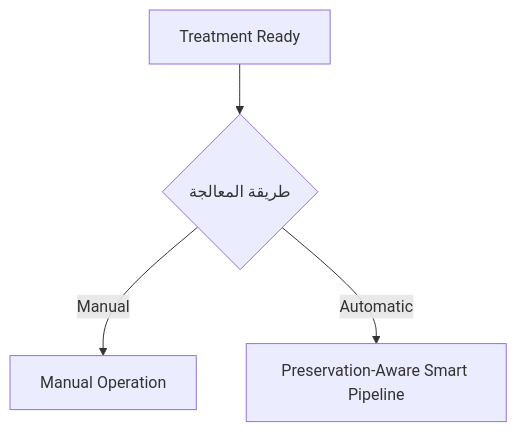
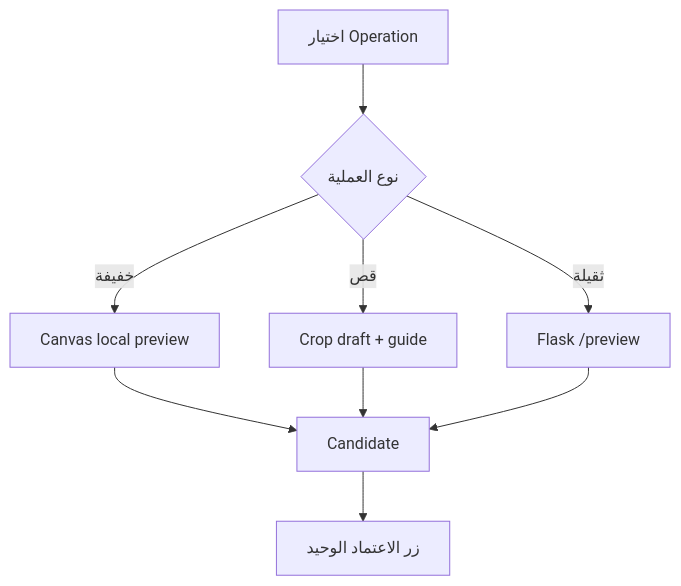
The fifth of 11 diagrams in docs/workflow.md (Alhareith/manuscript-doctor), drawn with Mermaid before and after one commit. The commit also changed other lines of this file and 168 other files, not shown here.

````diff
--- a/docs/workflow.md
+++ b/docs/workflow.md
@@ -243,6 +138,11 @@
-```mermaid id="wf-treatment-choice"
+```mermaid
 flowchart TD
-    A["Treatment Ready"] --> B{"طريقة المعالجة"}
-    B -->|"Manual"| C["Manual Operation"]
-    B -->|"Automatic"| D["Preservation-Aware Smart Pipeline"]
+    A["اختيار Operation"] --> B{"نوع العملية"}
+    B -->|"خفيفة"| C["Canvas local preview"]
+    B -->|"قص"| D["Crop draft + guide"]
+    B -->|"ثقيلة"| E["Flask /preview"]
+    C --> F["Candidate"]
+    D --> F
+    E --> F
+    F --> G["زر الاعتماد الوحيد"]
 ```
````
